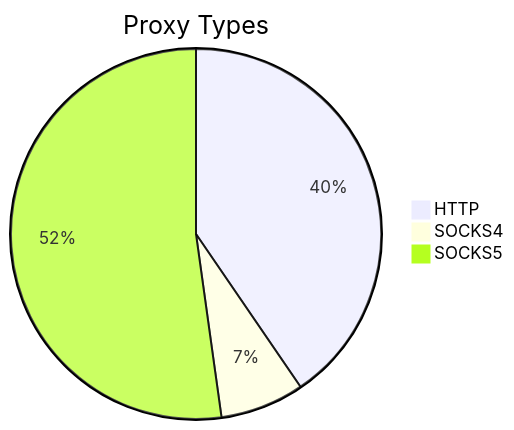
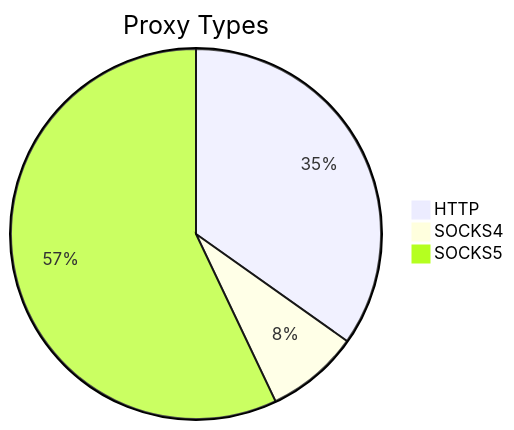
The first of 2 diagrams in README.md (stormsia/proxy-list), drawn with Mermaid before and after one commit. The commit also changed other lines of this file, not shown here.

````diff
--- a/README.md
+++ b/README.md
@@ -21,6 +21,6 @@
 ```mermaid
 pie title Proxy Types
-    "HTTP" : 358
-    "SOCKS4" : 65
-    "SOCKS5" : 462
+    "HTTP" : 313
+    "SOCKS4" : 73
+    "SOCKS5" : 513
 ```
````
